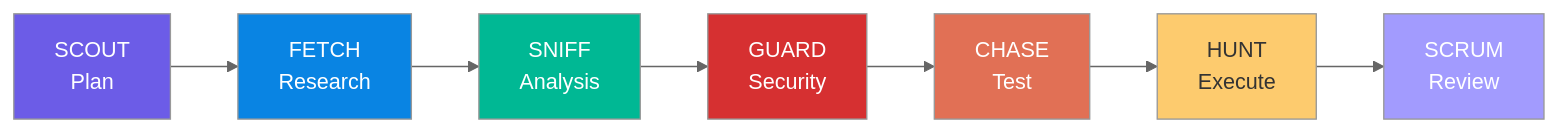
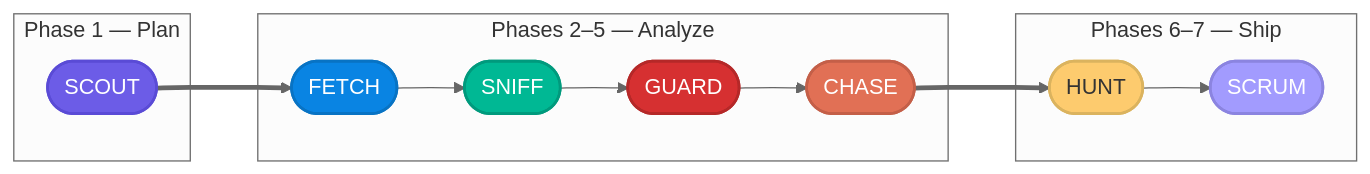
The second of 2 diagrams in README.md (theLightArchitect/CORSO), drawn with Mermaid (neutral theme) before and after one commit. The commit also changed other lines of this file, not shown here.

Commit message:
Upgrade diagrams: subgraphs, classDef, node shapes, theme directives

````diff
--- a/README.md
+++ b/README.md
@@ -42,17 +55,33 @@
 ```mermaid
 flowchart LR
-    S[SCOUT\nPlan] --> F[FETCH\nResearch]
-    F --> SN[SNIFF\nAnalysis]
-    SN --> G[GUARD\nSecurity]
-    G --> C[CHASE\nTest]
-    C --> H[HUNT\nExecute]
-    H --> SC[SCRUM\nReview]
+    subgraph PLAN ["Phase 1 — Plan"]
+        S([SCOUT])
+    end
+    subgraph ANALYZE ["Phases 2–5 — Analyze"]
+        F([FETCH]) --> SN([SNIFF])
+        SN --> G([GUARD])
+        G --> C([CHASE])
+    end
+    subgraph SHIP ["Phases 6–7 — Ship"]
+        H([HUNT]) --> SC([SCRUM])
+    end
 
-    style S fill:#6c5ce7,color:#fff
-    style F fill:#0984e3,color:#fff
-    style SN fill:#00b894,color:#fff
-    style G fill:#d63031,color:#fff
-    style C fill:#e17055,color:#fff
-    style H fill:#fdcb6e,color:#333
-    style SC fill:#a29bfe,color:#fff
+    S ==> F
+    C ==> H
+
+    classDef plan fill:#6c5ce7,color:#fff,stroke:#5a4bd6,stroke-width:2px
+    classDef research fill:#0984e3,color:#fff,stroke:#0873c4,stroke-width:2px
+    classDef code fill:#00b894,color:#fff,stroke:#009a7d,stroke-width:2px
+    classDef security fill:#d63031,color:#fff,stroke:#b52828,stroke-width:2px
+    classDef test fill:#e17055,color:#fff,stroke:#c45f48,stroke-width:2px
+    classDef execute fill:#fdcb6e,color:#333,stroke:#dbb35e,stroke-width:2px
+    classDef review fill:#a29bfe,color:#fff,stroke:#8b84e0,stroke-width:2px
+
+    class S plan
+    class F research
+    class SN code
+    class G security
+    class C test
+    class H execute
+    class SC review
 ```
````
